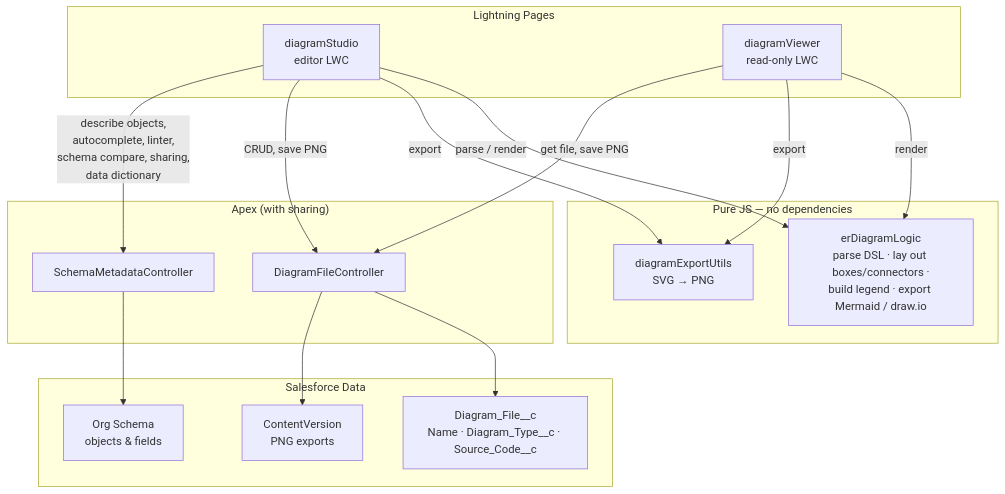
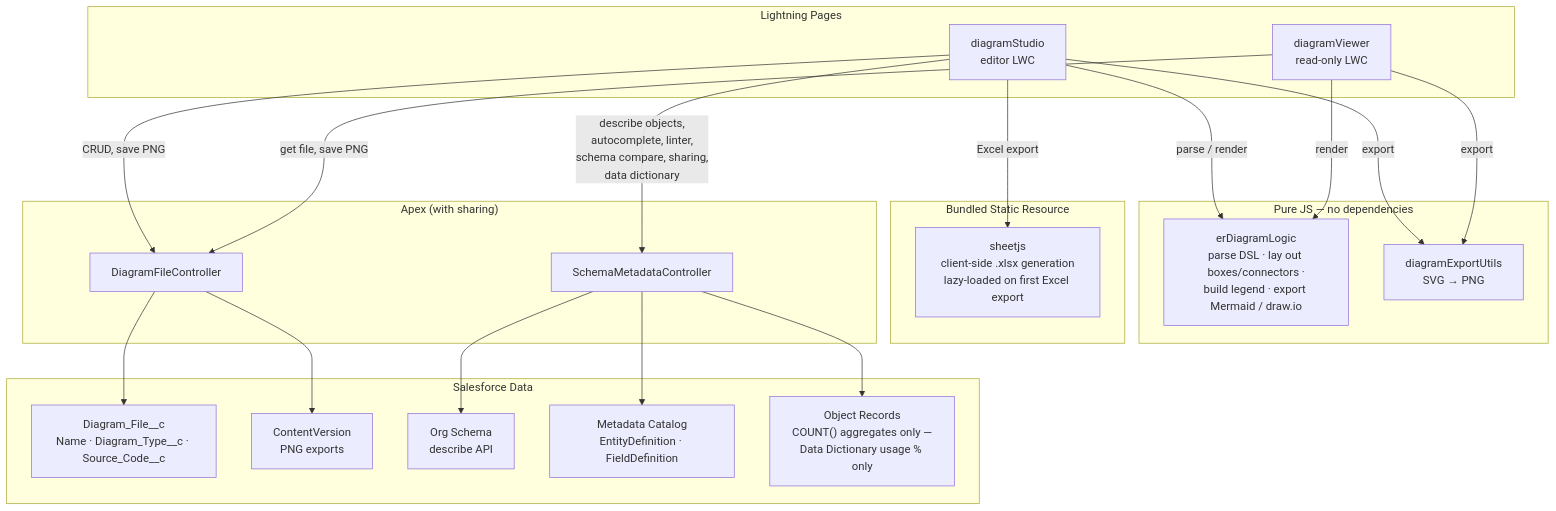
One commit to vikascohen/Salesforce-ER-Modeller-Studio changed the diagram in README.md. Above: the diagram before and after it, drawn with Mermaid. The commit also changed other lines of this file, not shown here.

Commit message:
Update architecture diagram: add sheetjs static resource, split the Data layer
The diagram had gone stale in two real ways as features were added:
- Bundled SheetJS wasn't shown at all
- SchemaMetadataController's single generic 'Org Schema' data node
  understated what it actually talks to now -- the regular describe API,
  the metadata catalog (EntityDefinition/FieldDefinition), and (for the
  Data Dictionary's opt-in usage percentage) actual object record data via
  COUNT() aggregates, which is a meaningfully different kind of access
  than the other two and worth distinguishing on its own

Split into three explicit nodes (SCHEMA, CATALOG, RECORDS) and added the
sheetjs node with its own edge from diagramStudio. Left the new File/
Diagram/View menu reorganization out of this diagram on purpose --
that's a UI/UX concern, not an architectural one.

````diff
--- a/README.md
+++ b/README.md
@@ -137,36 +137,45 @@
 ```mermaid
 graph TD
     subgraph UI["Lightning Pages"]
         DS["diagramStudio<br/>editor LWC"]
         DV["diagramViewer<br/>read-only LWC"]
     end
 
     subgraph Logic["Pure JS — no dependencies"]
         ERL["erDiagramLogic<br/>parse DSL · lay out boxes/connectors ·<br/>build legend · export Mermaid / draw.io"]
         EXP["diagramExportUtils<br/>SVG → PNG"]
     end
 
+    subgraph ThirdParty["Bundled Static Resource"]
+        XLSX["sheetjs<br/>client-side .xlsx generation<br/>lazy-loaded on first Excel export"]
+    end
+
     subgraph Apex["Apex (with sharing)"]
         DFC["DiagramFileController"]
         SMC["SchemaMetadataController"]
     end
 
     subgraph Data["Salesforce Data"]
         OBJ["Diagram_File__c<br/>Name · Diagram_Type__c · Source_Code__c"]
         FILES["ContentVersion<br/>PNG exports"]
-        SCHEMA["Org Schema<br/>objects & fields"]
+        SCHEMA["Org Schema<br/>describe API"]
+        CATALOG["Metadata Catalog<br/>EntityDefinition · FieldDefinition"]
+        RECORDS["Object Records<br/>COUNT() aggregates only —<br/>Data Dictionary usage % only"]
     end
 
     DS -- "parse / render" --> ERL
     DS -- "export" --> EXP
+    DS -- "Excel export" --> XLSX
     DS -- "CRUD, save PNG" --> DFC
     DS -- "describe objects,<br/>autocomplete, linter,<br/>schema compare, sharing,<br/>data dictionary" --> SMC
 
     DV -- "render" --> ERL
     DV -- "export" --> EXP
     DV -- "get file, save PNG" --> DFC
 
     DFC --> OBJ
     DFC --> FILES
     SMC --> SCHEMA
+    SMC --> CATALOG
+    SMC --> RECORDS
 ```
````
